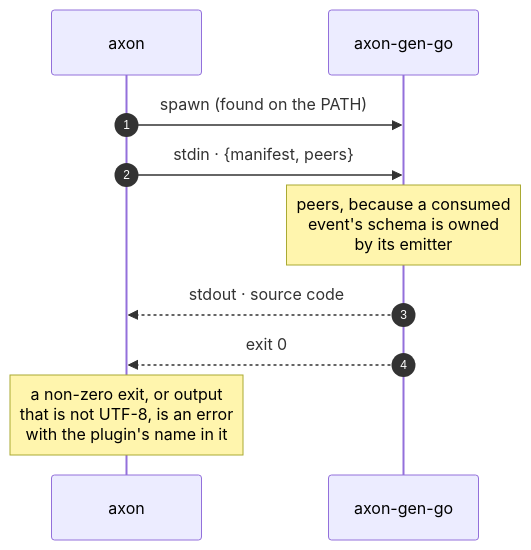
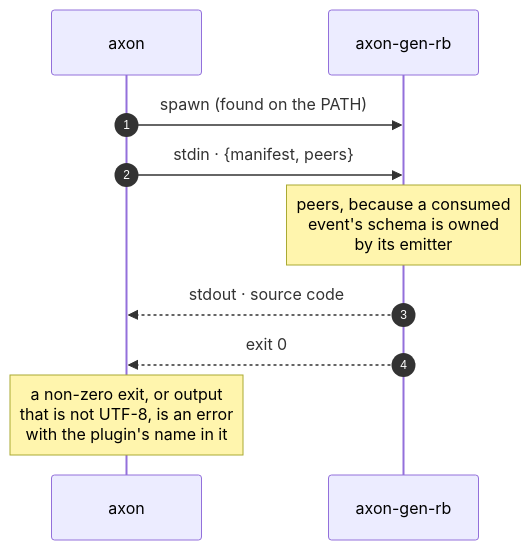
One commit to Andrew-Tellez/axon changed the eighth of 8 diagrams in docs/src/architecture.md. Above: the diagram before and after it, drawn with Mermaid. The commit also changed other lines of this file and 10 other files, not shown here.

````diff
--- a/docs/src/architecture.md
+++ b/docs/src/architecture.md
@@ -253,12 +254,12 @@
 ```mermaid
 sequenceDiagram
   autonumber
   participant U as axon
-  participant P as axon-gen-go
+  participant P as axon-gen-rb
   U->>P: spawn (found on the PATH)
   U->>P: stdin · {manifest, peers}
   Note over P: peers, because a consumed<br/>event's schema is owned<br/>by its emitter
   P-->>U: stdout · source code
   P-->>U: exit 0
   Note over U: a non-zero exit, or output<br/>that is not UTF-8, is an error<br/>with the plugin's name in it
 ```
````
